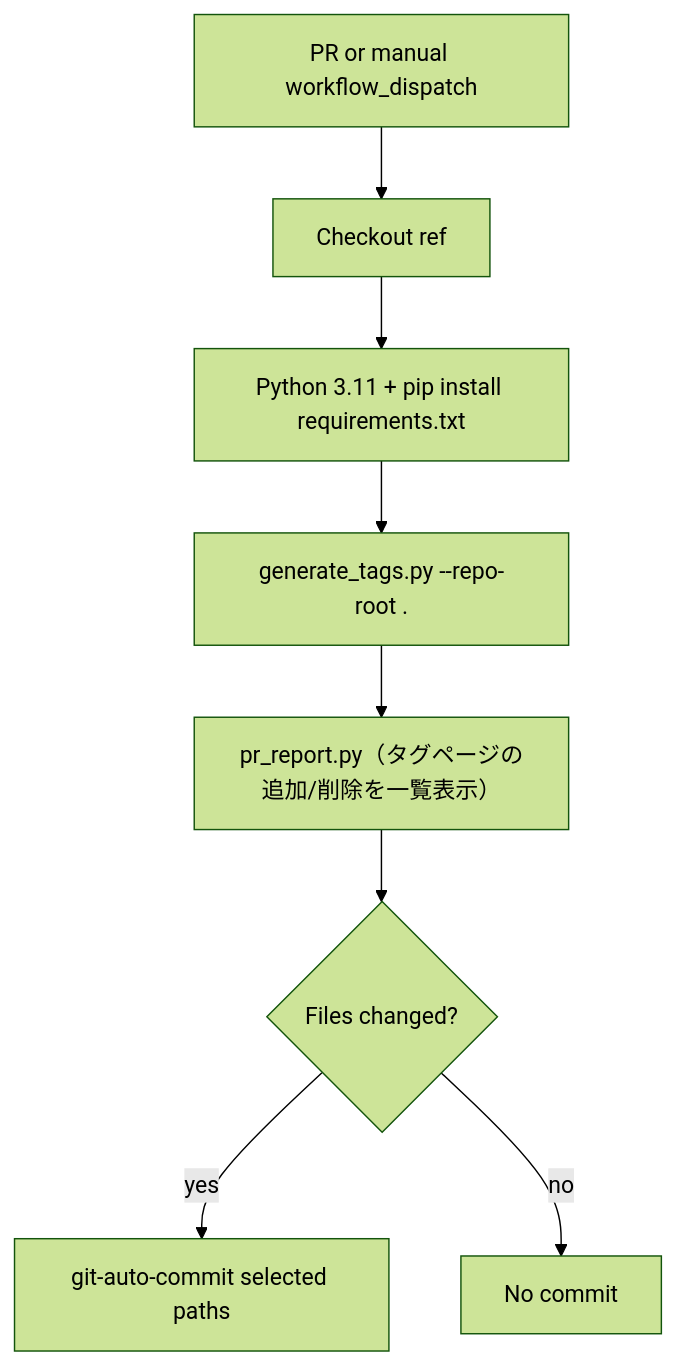
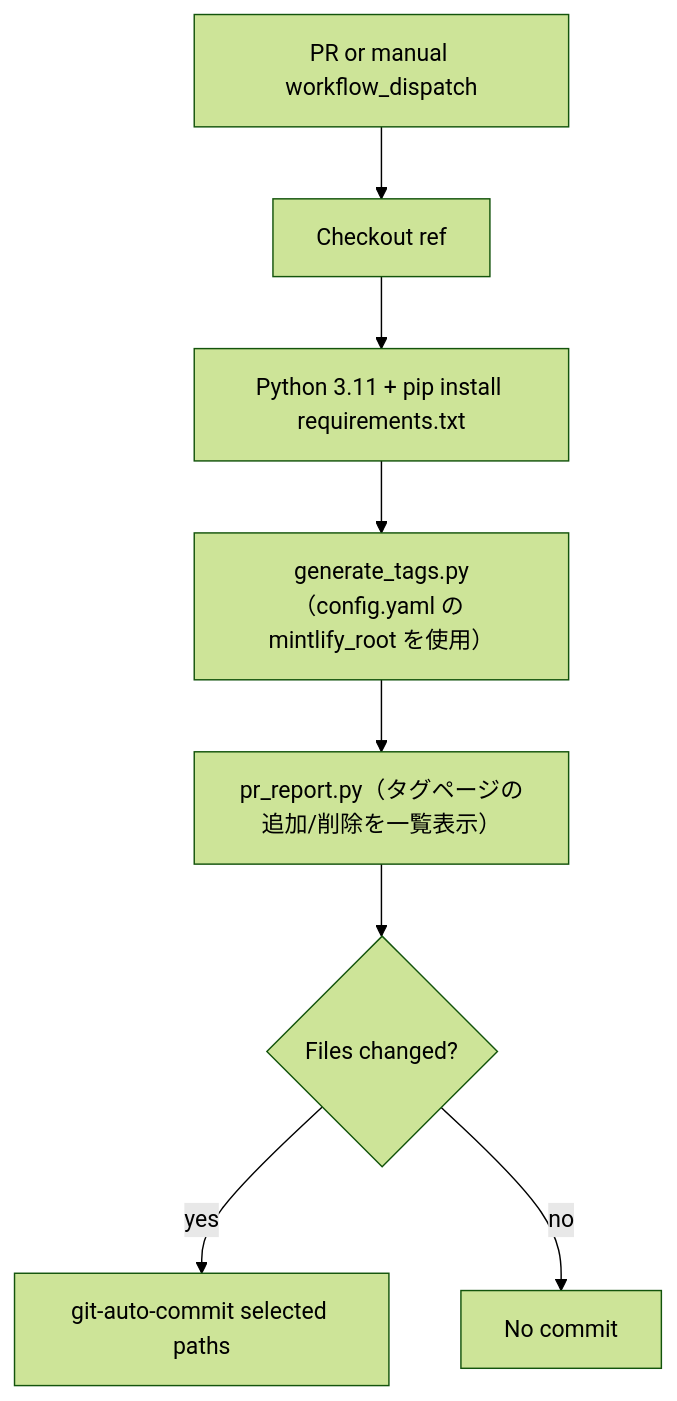
Before and after one commit to wandb/docs: the second of 4 diagrams in ja/scripts/knowledgebase-nav/Architecture.md, drawn with Mermaid (forest theme). The commit also changed other lines of this file and 3 other files, not shown here.

````diff
--- a/ja/scripts/knowledgebase-nav/Architecture.md
+++ b/ja/scripts/knowledgebase-nav/Architecture.md
@@ -53,10 +53,10 @@
 ```mermaid
 flowchart TD
   A[PR or manual workflow_dispatch] --> B[Checkout ref]
   B --> C[Python 3.11 + pip install requirements.txt]
-  C --> D["generate_tags.py --repo-root ."]
+  C --> D["generate_tags.py（config.yaml の mintlify_root を使用）"]
   D --> R["pr_report.py（タグページの追加/削除を一覧表示）"]
   R --> E{Files changed?}
   E -->|yes| F[git-auto-commit selected paths]
   E -->|no| G[No commit]
 ```
````
